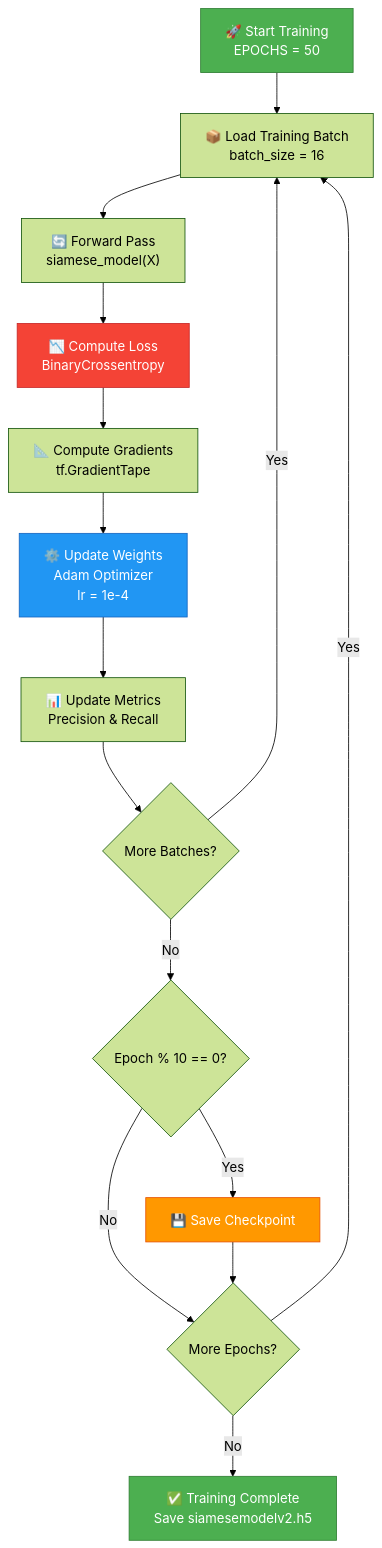
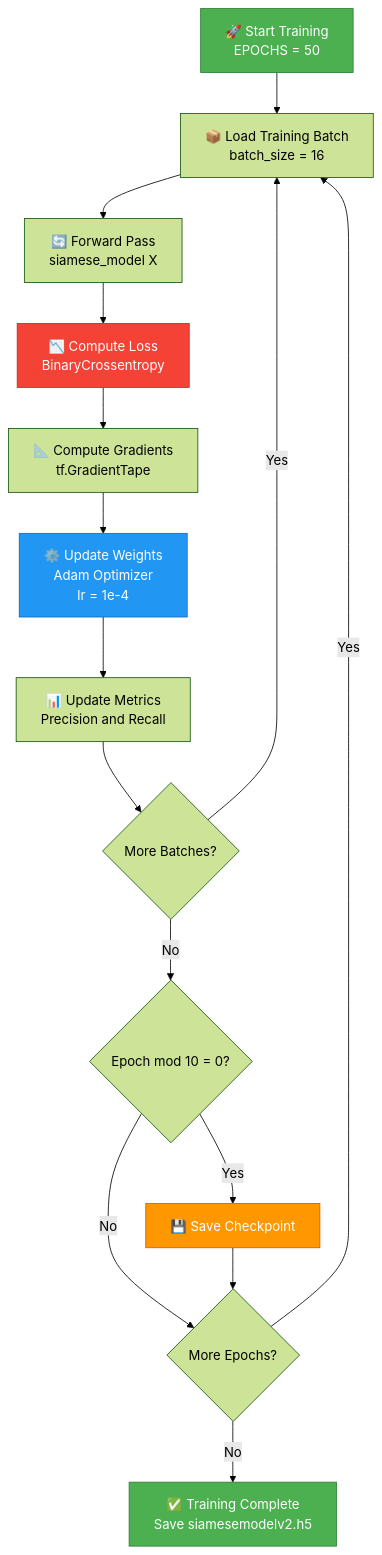
Before and after one commit to Paragiscool/Face_verification_ml_project: diagram 11 of 20 in README.md, drawn with Mermaid (forest theme). The commit also changed other lines of this file, not shown here.

Commit message:
docs: Refine README with Quick Start, Math Foundations, Troubleshooting, References, state diagrams

````diff
--- a/README.md
+++ b/README.md
@@ -378,27 +497,27 @@
 ```mermaid
 flowchart TD
     A["🚀 Start Training<br/>EPOCHS = 50"] --> B["📦 Load Training Batch<br/>batch_size = 16"]
     
-    B --> C["🔄 Forward Pass<br/>siamese_model(X)"]
+    B --> C["🔄 Forward Pass<br/>siamese_model X"]
     C --> D["📉 Compute Loss<br/>BinaryCrossentropy"]
     D --> E["📐 Compute Gradients<br/>tf.GradientTape"]
     E --> F["⚙️ Update Weights<br/>Adam Optimizer<br/>lr = 1e-4"]
-    F --> G["📊 Update Metrics<br/>Precision & Recall"]
+    F --> G["📊 Update Metrics<br/>Precision and Recall"]
     
     G --> H{"More Batches?"}
     H -->|Yes| B
-    H -->|No| I{"Epoch % 10 == 0?"}
+    H -->|No| I{"Epoch mod 10 = 0?"}
     
     I -->|Yes| J["💾 Save Checkpoint"]
     I -->|No| K{"More Epochs?"}
     J --> K
     
     K -->|Yes| B
     K -->|No| L["✅ Training Complete<br/>Save siamesemodelv2.h5"]
 
     style A fill:#4CAF50,stroke:#2E7D32,color:#fff
     style D fill:#F44336,stroke:#C62828,color:#fff
     style F fill:#2196F3,stroke:#1565C0,color:#fff
     style J fill:#FF9800,stroke:#E65100,color:#fff
     style L fill:#4CAF50,stroke:#2E7D32,color:#fff
 ```
````
